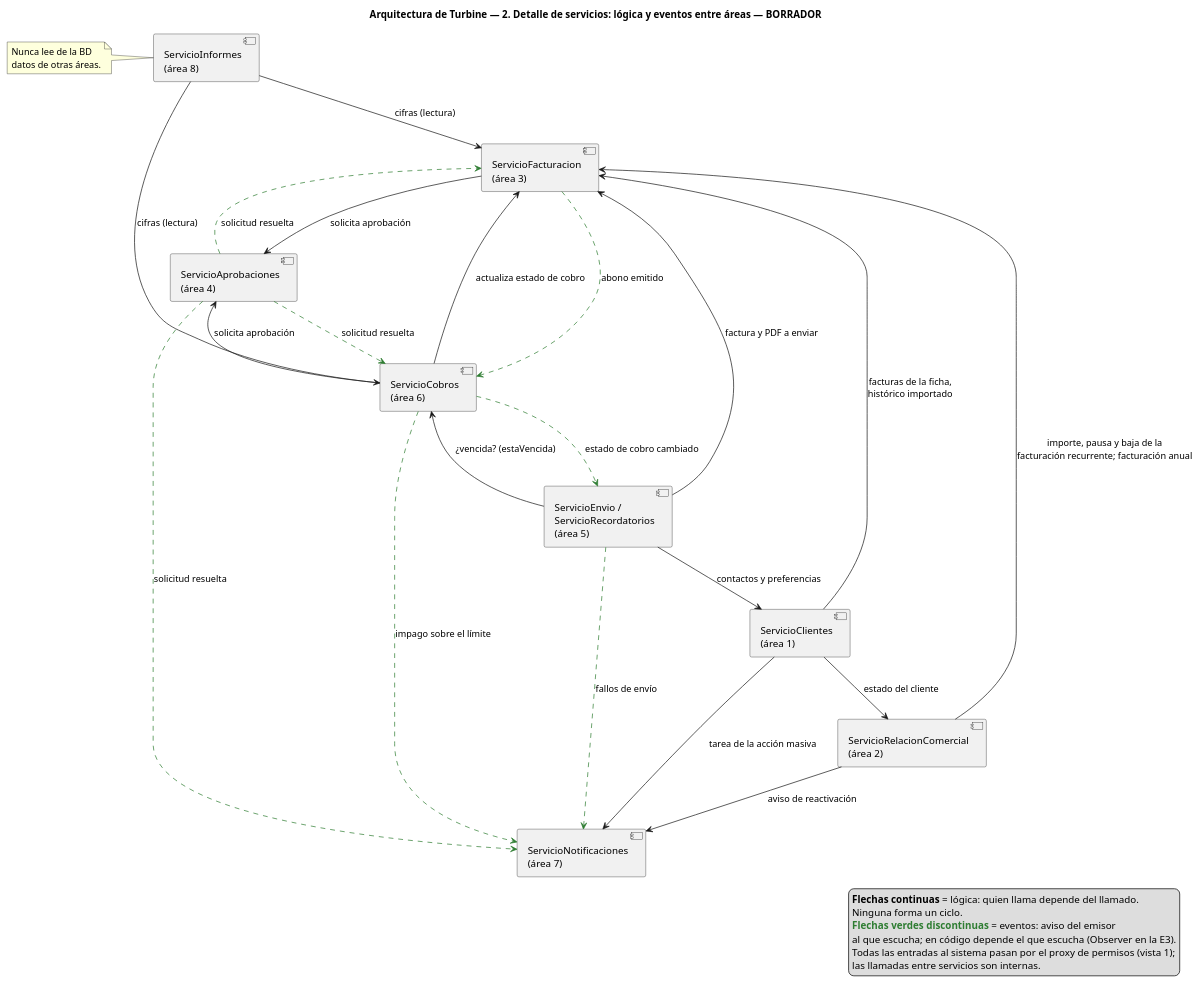
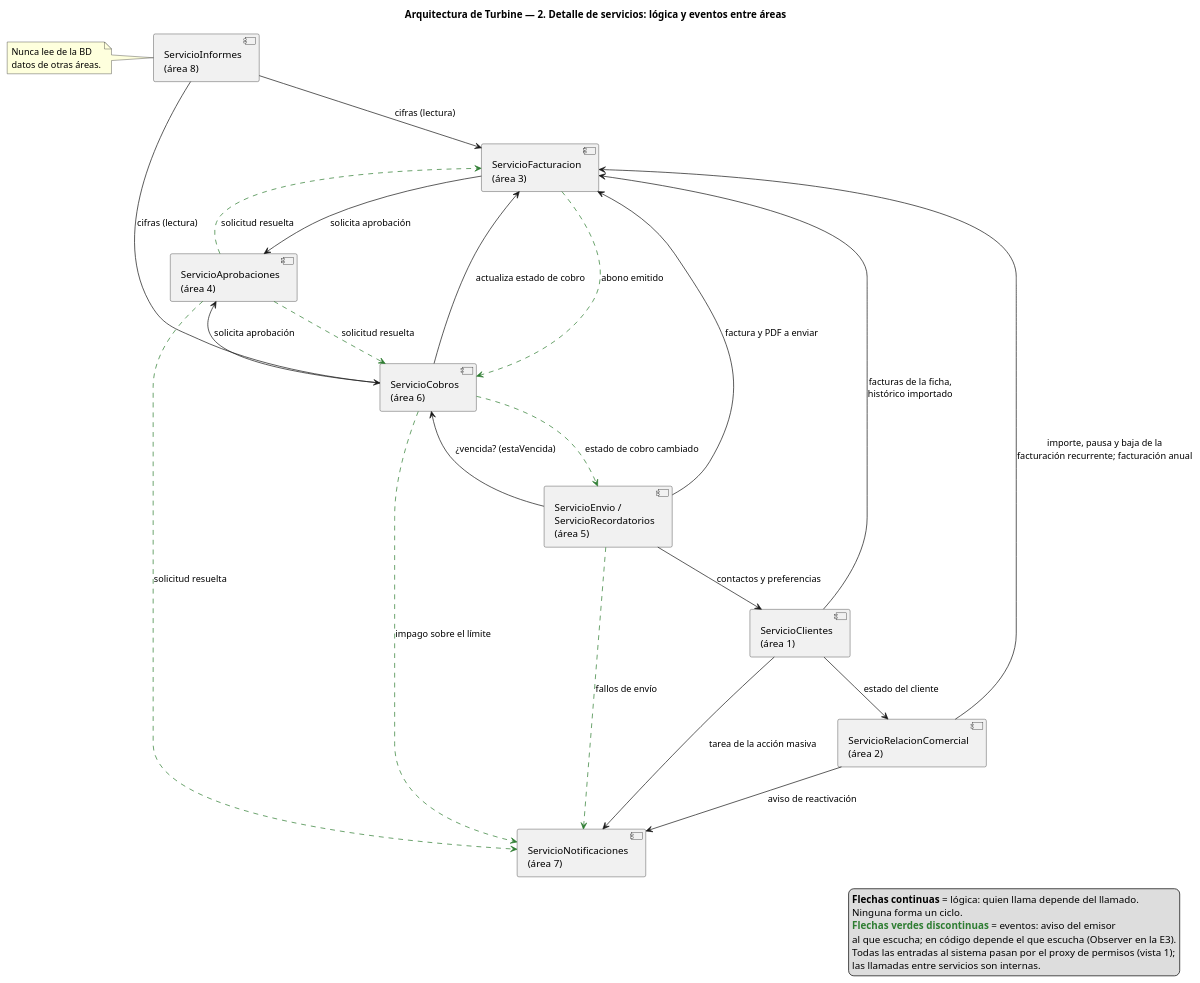
The diagram in Entrega2_GrupoBebes/entrega2/diagramas/arquitectura/arquitectura_2_servicios.puml (naybetaomar/AyDA-ProyectoBebes), drawn with PlantUML before and after one commit. The commit also changed 10 other files, not shown here.

Commit message:
Limpieza de diagramas de arquitectura

```diff
--- a/Entrega2_GrupoBebes/entrega2/diagramas/arquitectura/arquitectura_2_servicios.puml
+++ b/Entrega2_GrupoBebes/entrega2/diagramas/arquitectura/arquitectura_2_servicios.puml
@@ -1,53 +1,53 @@
 @startuml arquitectura_2_servicios
-title Arquitectura de Turbine — 2. Detalle de servicios: lógica y eventos entre áreas — BORRADOR
+title Arquitectura de Turbine — 2. Detalle de servicios: lógica y eventos entre áreas
 skinparam componentStyle uml2
 skinparam nodesep 60
 skinparam ranksep 70
 
 [ServicioClientes\n(área 1)] as S1
 [ServicioRelacionComercial\n(área 2)] as S2
 [ServicioFacturacion\n(área 3)] as S3
 [ServicioAprobaciones\n(área 4)] as S4
 [ServicioEnvio /\nServicioRecordatorios\n(área 5)] as S5
 [ServicioCobros\n(área 6)] as S6
 [ServicioNotificaciones\n(área 7)] as S7
 [ServicioInformes\n(área 8)] as S8
 
 ' --- Lógica entre servicios (un solo sentido) ---
 S1 --> S2 : estado del cliente
 S1 --> S3 : facturas de la ficha,\nhistórico importado
 S1 --> S7 : tarea de la acción masiva
 S2 --> S3 : importe, pausa y baja de la\nfacturación recurrente; facturación anual
 S2 --> S7 : aviso de reactivación
 S3 --> S4 : solicita aprobación
 S6 --> S4 : solicita aprobación
 S6 --> S3 : actualiza estado de cobro
 S5 --> S3 : factura y PDF a enviar
 S5 --> S1 : contactos y preferencias
 S5 --> S6 : ¿vencida? (estaVencida)
 S8 --> S3 : cifras (lectura)
 S8 --> S6 : cifras (lectura)
 
 ' --- Avisos entre servicios (eventos; Observer en la E3) ---
 S3 -[#2E7D32,dashed]-> S6 : abono emitido
 S4 -[#2E7D32,dashed]-> S3 : solicitud resuelta
 S4 -[#2E7D32,dashed]-> S6 : solicitud resuelta
 S4 -[#2E7D32,dashed]-> S7 : solicitud resuelta
 S6 -[#2E7D32,dashed]-> S5 : estado de cobro cambiado
 S6 -[#2E7D32,dashed]-> S7 : impago sobre el límite
 S5 -[#2E7D32,dashed]-> S7 : fallos de envío
 
 note left of S8
   Nunca lee de la BD
   datos de otras áreas.
 end note
 
 legend right
   **Flechas continuas** = lógica: quien llama depende del llamado.
   Ninguna forma un ciclo.
   <color:#2E7D32>**Flechas verdes discontinuas**</color> = eventos: aviso del emisor
   al que escucha; en código depende el que escucha (Observer en la E3).
   Todas las entradas al sistema pasan por el proxy de permisos (vista 1);
   las llamadas entre servicios son internas.
 endlegend
 @enduml
```
